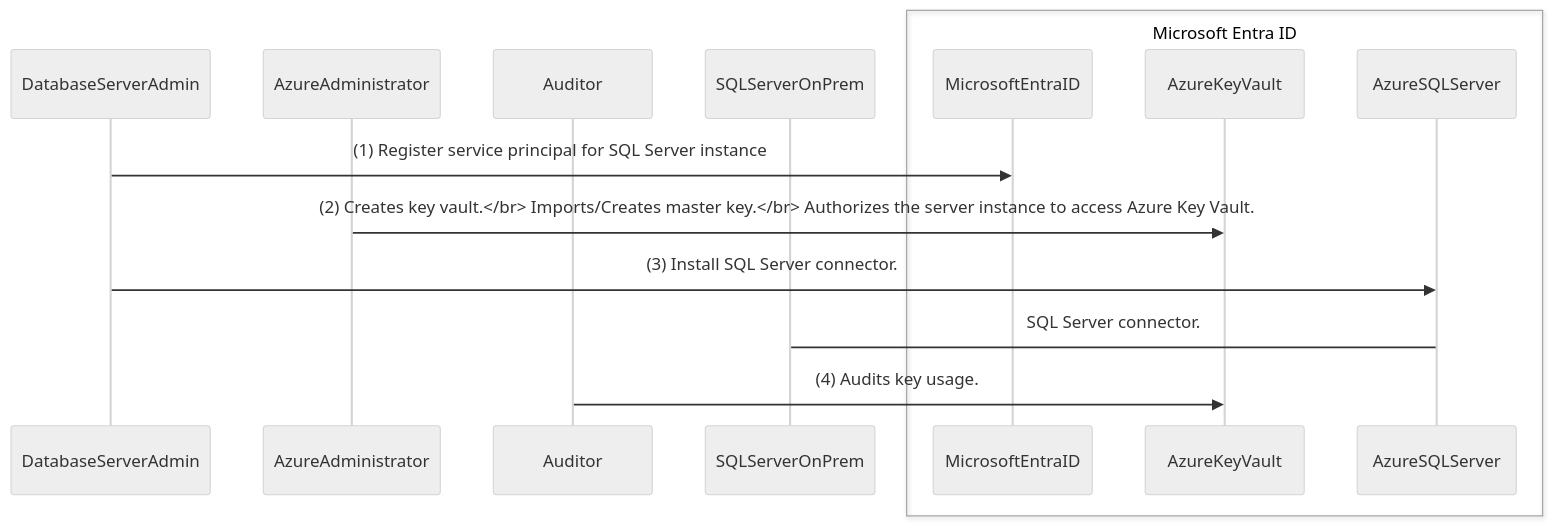
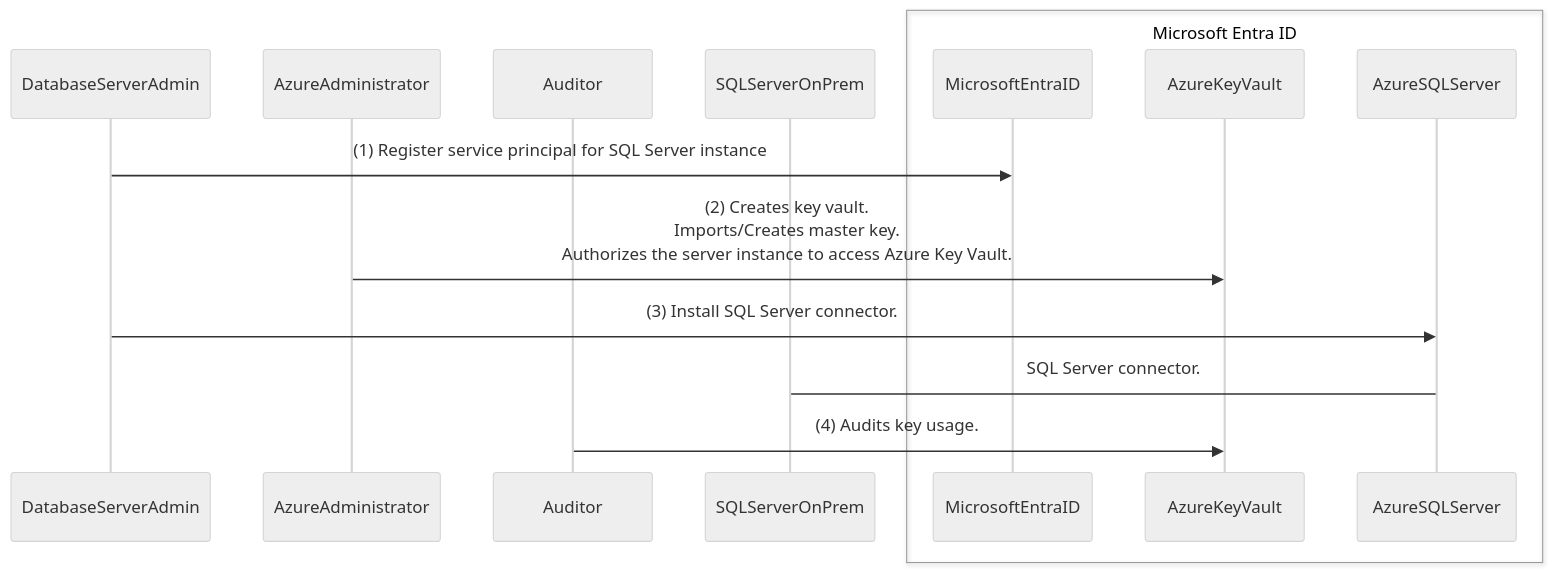
One commit to sonnyayran/dac-mermaid changed the diagram in README.md. Above: the diagram before and after it, drawn with Mermaid (neutral theme).

````diff
--- a/README.md
+++ b/README.md
@@ -47,18 +47,18 @@
 ```mermaid
 sequenceDiagram
     participant DatabaseServerAdmin
     participant AzureAdministrator
     participant Auditor
     participant SQLServerOnPrem
     box Microsoft Entra ID  
         participant MicrosoftEntraID
         participant AzureKeyVault
         participant AzureSQLServer
     end
     DatabaseServerAdmin->>MicrosoftEntraID: (1) Register service principal for SQL Server instance
-    AzureAdministrator->>AzureKeyVault: (2) Creates key vault.</br> Imports/Creates master key.</br> Authorizes the server instance to access Azure Key Vault.
+    AzureAdministrator->>AzureKeyVault: (2) Creates key vault.<br/> Imports/Creates master key.<br/> Authorizes the server instance to access Azure Key Vault.
     DatabaseServerAdmin->>AzureSQLServer: (3) Install SQL Server connector.
     SQLServerOnPrem->AzureSQLServer: SQL Server connector.
     Auditor->>AzureKeyVault: (4) Audits key usage.
 
 ```
````
